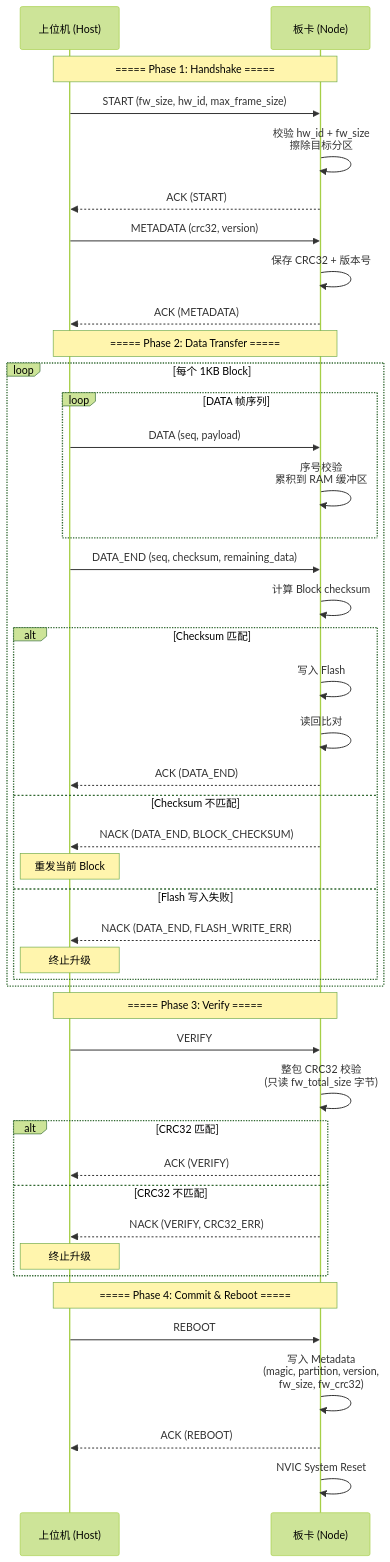
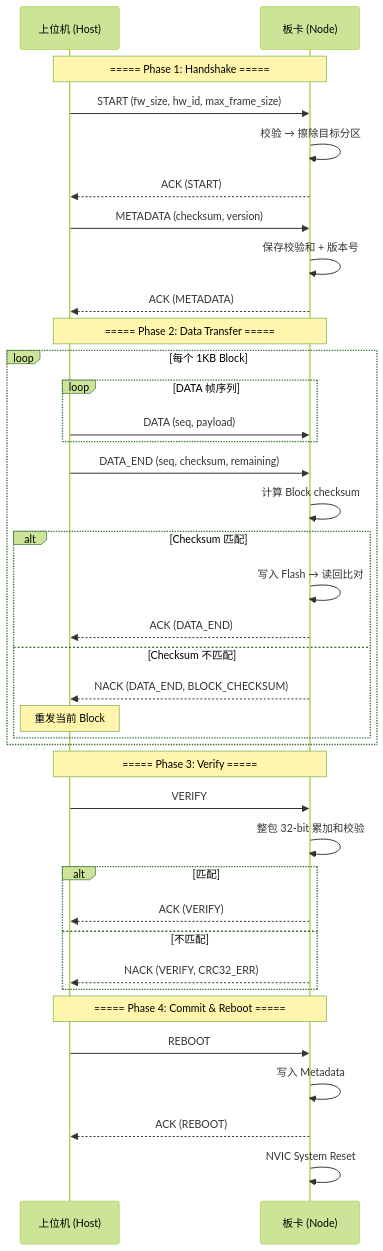
The diagram in boot_protocol_spec.md (fubingyan2026/stm32_g474_boot), drawn with Mermaid (forest theme) before and after one commit. The commit also changed other lines of this file and 5 other files, not shown here.

````diff
--- a/boot_protocol_spec.md
+++ b/boot_protocol_spec.md
@@ -314,55 +219,49 @@
 ```mermaid
 sequenceDiagram
     participant H as 上位机 (Host)
     participant N as 板卡 (Node)
 
     Note over H,N: ===== Phase 1: Handshake =====
 
     H->>N: START (fw_size, hw_id, max_frame_size)
-    N->>N: 校验 hw_id + fw_size<br/>擦除目标分区
+    N->>N: 校验 → 擦除目标分区
     N-->>H: ACK (START)
 
-    H->>N: METADATA (crc32, version)
-    N->>N: 保存 CRC32 + 版本号
+    H->>N: METADATA (checksum, version)
+    N->>N: 保存校验和 + 版本号
     N-->>H: ACK (METADATA)
 
     Note over H,N: ===== Phase 2: Data Transfer =====
 
     loop 每个 1KB Block
         loop DATA 帧序列
             H->>N: DATA (seq, payload)
-            N->>N: 序号校验<br/>累积到 RAM 缓冲区
         end
-        H->>N: DATA_END (seq, checksum, remaining_data)
+        H->>N: DATA_END (seq, checksum, remaining)
         N->>N: 计算 Block checksum
         alt Checksum 匹配
-            N->>N: 写入 Flash
-            N->>N: 读回比对
+            N->>N: 写入 Flash → 读回比对
             N-->>H: ACK (DATA_END)
         else Checksum 不匹配
             N-->>H: NACK (DATA_END, BLOCK_CHECKSUM)
             Note over H: 重发当前 Block
-        else Flash 写入失败
-            N-->>H: NACK (DATA_END, FLASH_WRITE_ERR)
-            Note over H: 终止升级
         end
     end
 
     Note over H,N: ===== Phase 3: Verify =====
 
     H->>N: VERIFY
-    N->>N: 整包 CRC32 校验<br/>(只读 fw_total_size 字节)
-    alt CRC32 匹配
+    N->>N: 整包 32-bit 累加和校验
+    alt 匹配
         N-->>H: ACK (VERIFY)
-    else CRC32 不匹配
+    else 不匹配
         N-->>H: NACK (VERIFY, CRC32_ERR)
-        Note over H: 终止升级
     end
 
     Note over H,N: ===== Phase 4: Commit & Reboot =====
 
     H->>N: REBOOT
-    N->>N: 写入 Metadata<br/>(magic, partition, version,<br/>fw_size, fw_crc32)
+    N->>N: 写入 Metadata
     N-->>H: ACK (REBOOT)
     N->>N: NVIC System Reset
 ```
````
